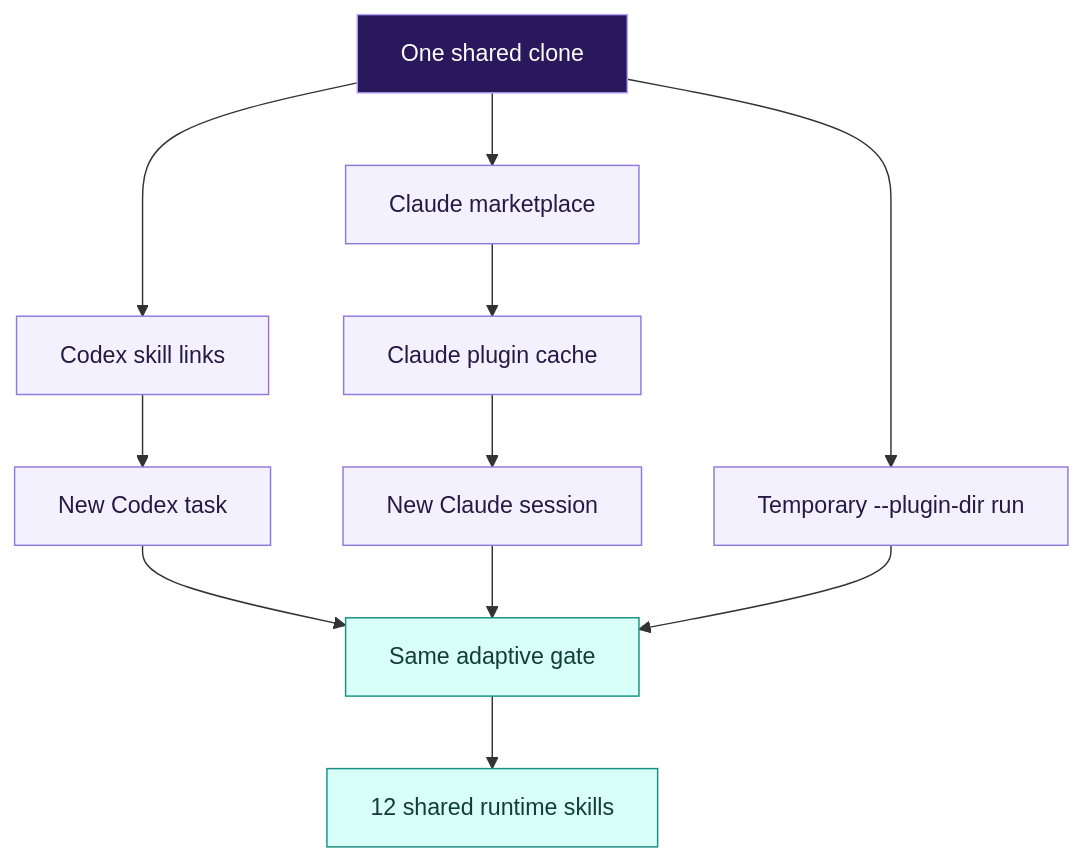
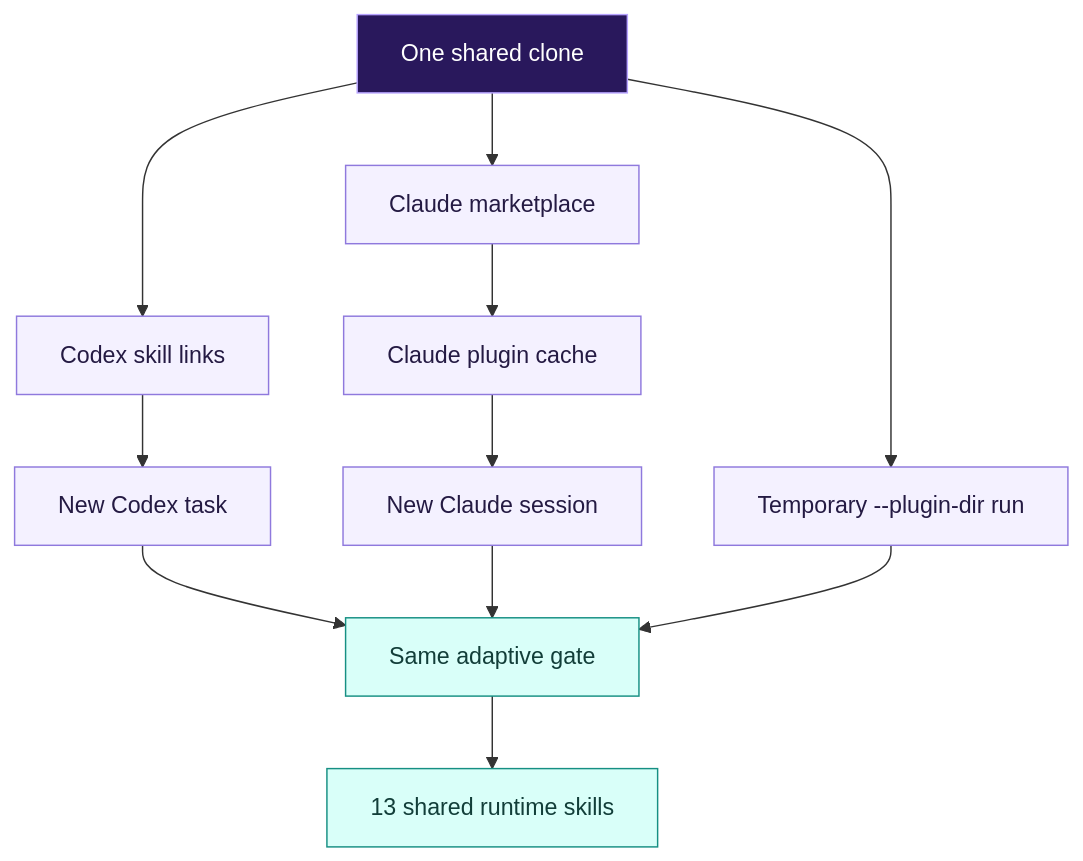
Before and after one commit to aididhaiqal/adaptive-superpowers: the first of 5 diagrams in README.md, drawn with Mermaid. The commit also changed other lines of this file and 45 other files, not shown here.

````diff
--- a/README.md
+++ b/README.md
@@ -32,20 +32,20 @@
 ```mermaid
 flowchart TB
     R["One shared clone"] --> C["Codex skill links"]
     C --> CT["New Codex task"]
     R --> M["Claude marketplace"]
     M --> CP["Claude plugin cache"]
     CP --> CS["New Claude session"]
     R --> T["Temporary --plugin-dir run"]
     CT --> G["Same adaptive gate"]
     CS --> G
     T --> G
-    G --> S["12 shared runtime skills"]
+    G --> S["13 shared runtime skills"]
 
     classDef source fill:#29185c,stroke:#b8a4ff,color:#fff
     classDef host fill:#f4f1ff,stroke:#8f79dd,color:#241a43
     classDef gate fill:#d9fff9,stroke:#168f83,color:#123e39
     class R source
     class C,CT,M,CP,CS,T host
     class G,S gate
 ```
````
